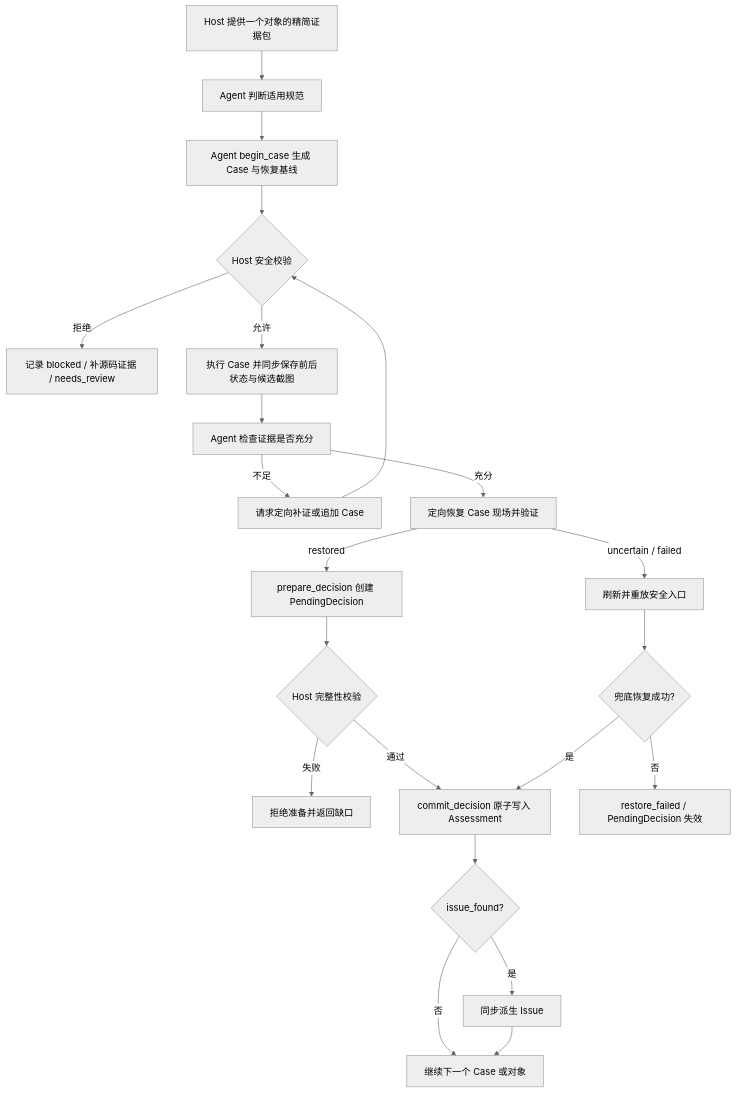
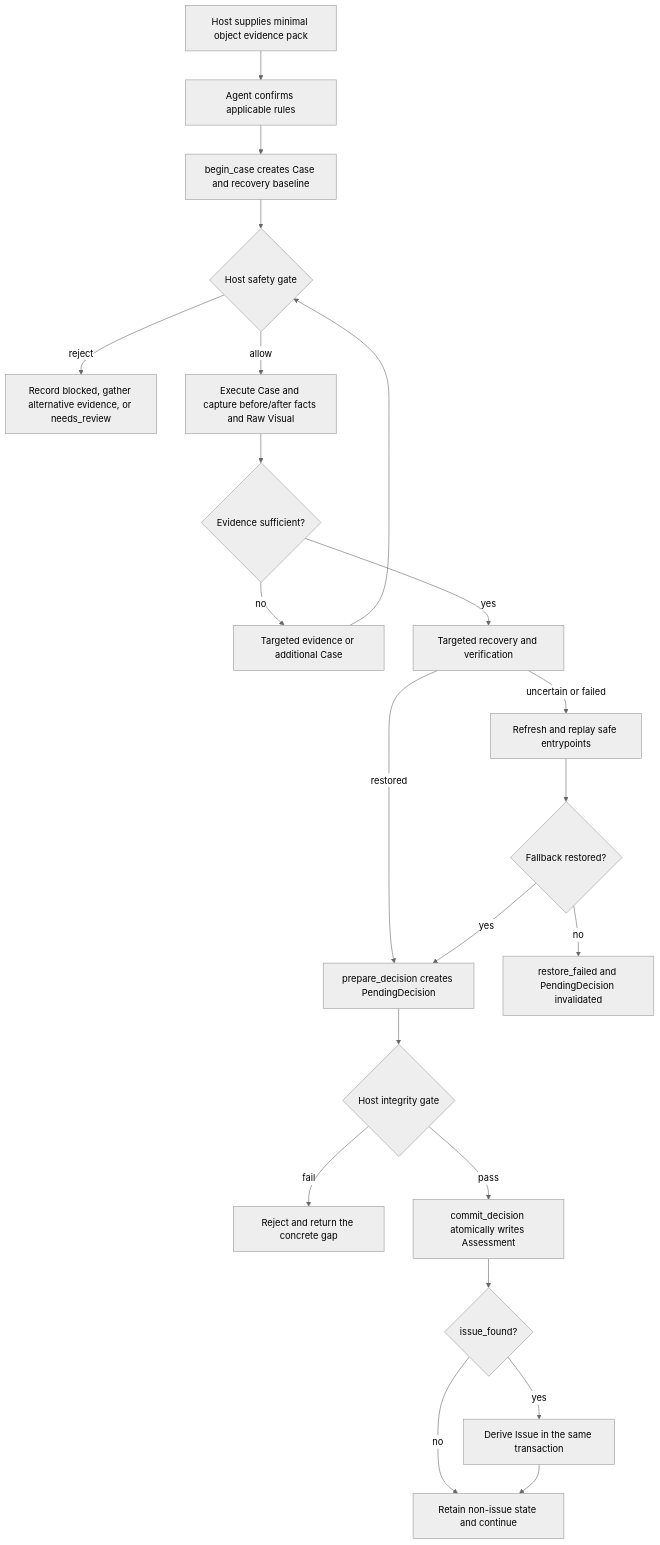
One commit to elioyu-07/Assayer changed the second of 3 diagrams in docs/architecture.md. Above: the diagram before and after it, drawn with Mermaid (neutral theme). The commit also changed other lines of this file and 140 other files, not shown here.

````diff
--- a/docs/architecture.md
+++ b/docs/architecture.md
@@ -199,24 +125,24 @@
 ```mermaid
 flowchart TD
-    A[Host 提供一个对象的精简证据包] --> B[Agent 判断适用规范]
-    B --> C[Agent begin_case 生成 Case 与恢复基线]
-    C --> D{Host 安全校验}
-    D -- 拒绝 --> E[记录 blocked / 补源码证据 / needs_review]
-    D -- 允许 --> F[执行 Case 并同步保存前后状态与候选截图]
-    F --> G[Agent 检查证据是否充分]
-    G -- 不足 --> H[请求定向补证或追加 Case]
+    A[Host supplies minimal object evidence pack] --> B[Agent confirms applicable rules]
+    B --> C[begin_case creates Case and recovery baseline]
+    C --> D{Host safety gate}
+    D -- reject --> E[Record blocked, gather alternative evidence, or needs_review]
+    D -- allow --> F[Execute Case and capture before/after facts and Raw Visual]
+    F --> G{Evidence sufficient?}
+    G -- no --> H[Targeted evidence or additional Case]
     H --> D
-    G -- 充分 --> L[定向恢复 Case 现场并验证]
-    L -- restored --> I[prepare_decision 创建 PendingDecision]
-    I --> J{Host 完整性校验}
-    J -- 失败 --> K[拒绝准备并返回缺口]
-    J -- 通过 --> M[commit_decision 原子写入 Assessment]
+    G -- yes --> L[Targeted recovery and verification]
+    L -- restored --> I[prepare_decision creates PendingDecision]
+    I --> J{Host integrity gate}
+    J -- fail --> K[Reject and return the concrete gap]
+    J -- pass --> M[commit_decision atomically writes Assessment]
     M --> N{issue_found?}
-    N -- 是 --> O[同步派生 Issue]
-    N -- 否 --> R[保留非问题状态并继续]
-    O --> R[继续下一个 Case 或对象]
-    L -- uncertain / failed --> S[刷新并重放安全入口]
-    S --> T{兜底恢复成功?}
-    T -- 是 --> M
-    T -- 否 --> U[restore_failed / PendingDecision 失效]
+    N -- yes --> O[Derive Issue in the same transaction]
+    N -- no --> R[Retain non-issue state and continue]
+    O --> R
+    L -- uncertain or failed --> S[Refresh and replay safe entrypoints]
+    S --> T{Fallback restored?}
+    T -- no --> U[restore_failed and PendingDecision invalidated]
+    T -- yes --> I
 ```
````
